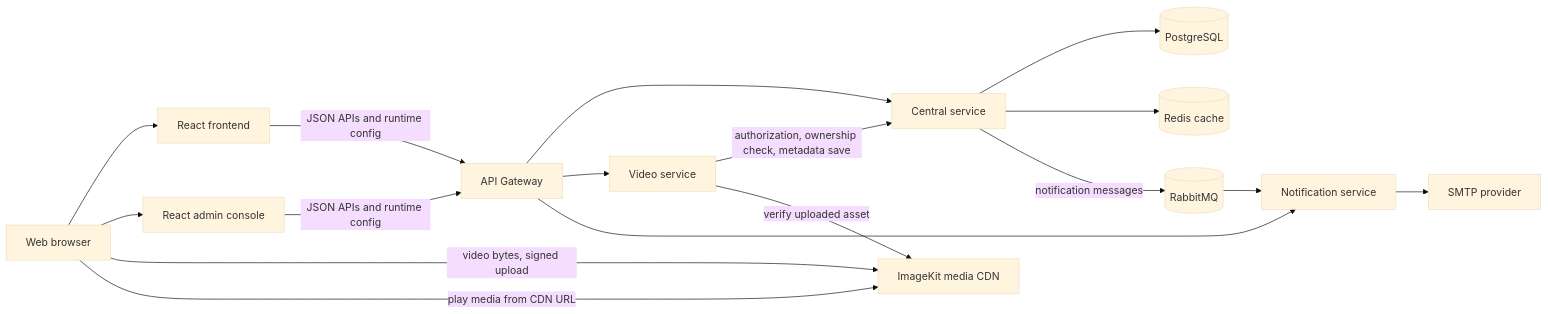
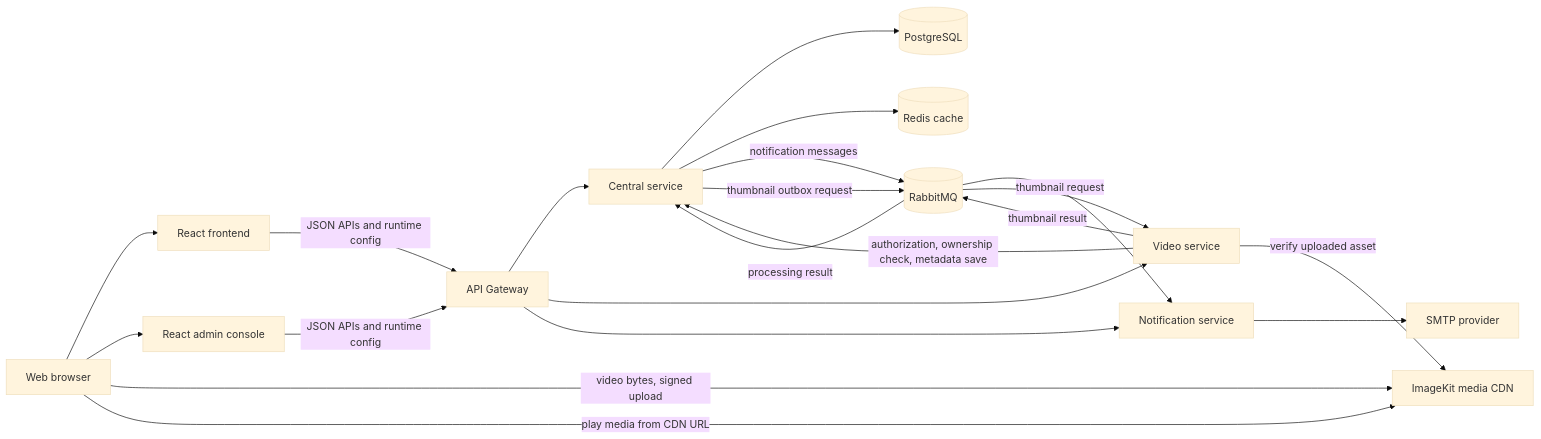
One commit to programer12345anwar/StreamSphereApplication changed the diagram in backend/docs/architecture/system-architecture.md. Above: the diagram before and after it, drawn with Mermaid (base theme). The commit also changed other lines of this file and 60 other files, not shown here.

Commit message:
Implemented the thumbnail pipeline and updated the architecture, API, and deployment documentation.

````diff
--- a/backend/docs/architecture/system-architecture.md
+++ b/backend/docs/architecture/system-architecture.md
@@ -19,32 +19,36 @@
 ```mermaid
 flowchart LR
     Browser[Web browser]
     Frontend[React frontend]
     Admin[React admin console]
     Gateway[API Gateway]
     Central[Central service]
     Video[Video service]
     Notify[Notification service]
     Postgres[(PostgreSQL)]
     Redis[(Redis cache)]
     Rabbit[(RabbitMQ)]
     ImageKit[ImageKit media CDN]
     SMTP[SMTP provider]
 
     Browser --> Frontend
     Browser --> Admin
     Frontend -->|JSON APIs and runtime config| Gateway
     Admin -->|JSON APIs and runtime config| Gateway
     Gateway --> Central
     Gateway --> Video
     Gateway --> Notify
     Central --> Postgres
     Central --> Redis
     Central -->|notification messages| Rabbit
     Rabbit --> Notify
+    Central -->|thumbnail outbox request| Rabbit
+    Rabbit -->|thumbnail request| Video
+    Video -->|thumbnail result| Rabbit
+    Rabbit -->|processing result| Central
     Notify --> SMTP
     Video -->|authorization, ownership check, metadata save| Central
     Browser -->|video bytes, signed upload| ImageKit
     Video -->|verify uploaded asset| ImageKit
     Browser -->|play media from CDN URL| ImageKit
 ```
````
